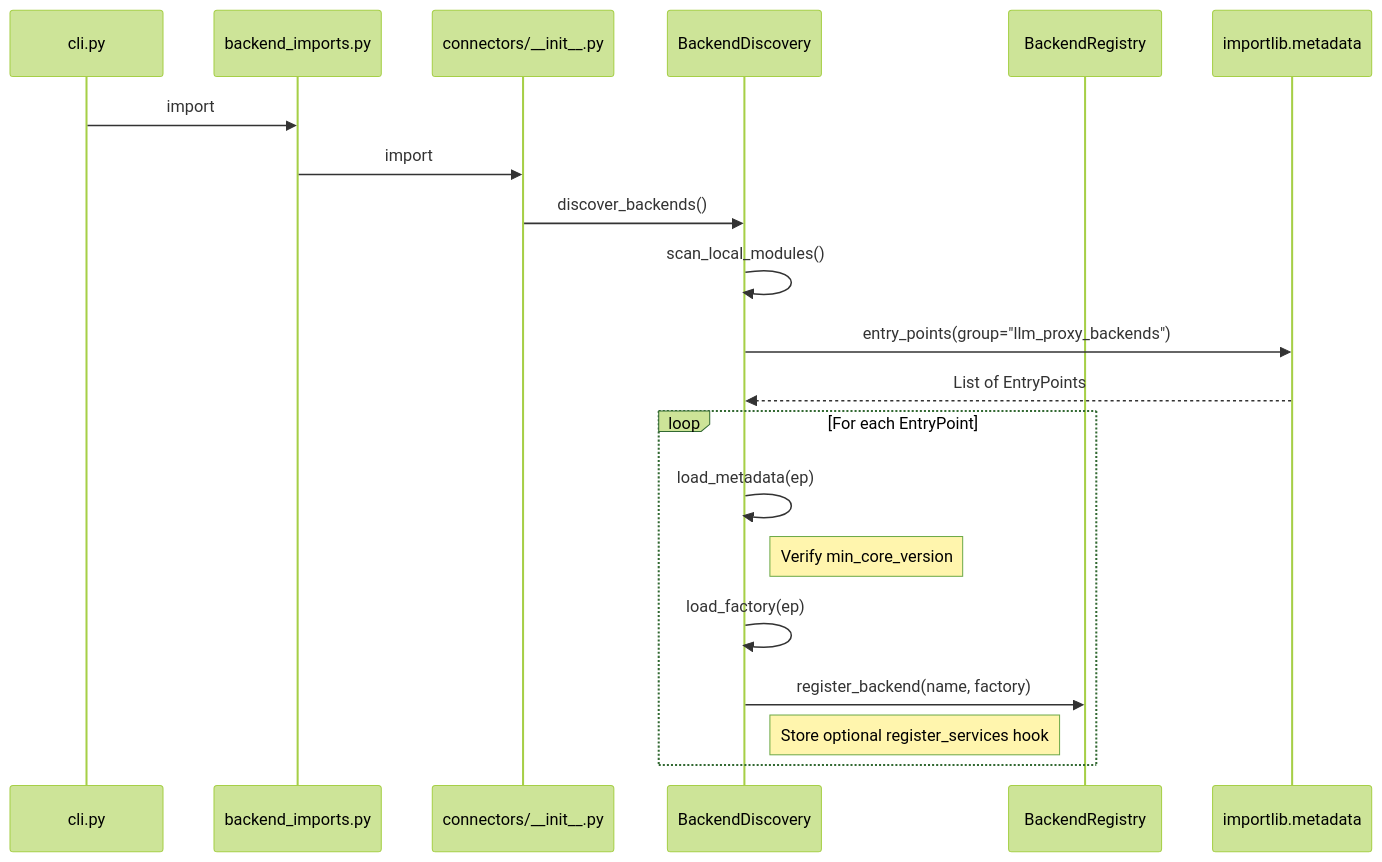
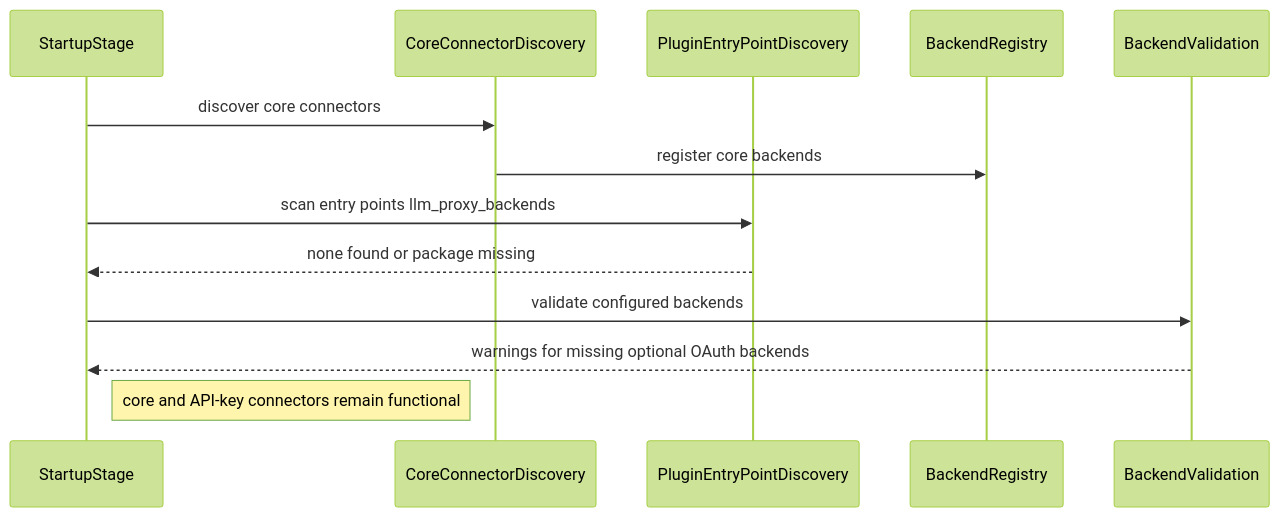
Before and after one commit to matdev83/llm-interactive-proxy: the second of 5 diagrams in .kiro/specs/oauth-connectors-extraction/design.md, drawn with Mermaid (forest theme). The commit also changed other lines of this file and 34 other files, not shown here.

Commit message:
Spec cleanup, archive vendor-model-dynamic-routing, OAuth connectors updates, test fixes

````diff
--- a/.kiro/specs/oauth-connectors-extraction/design.md
+++ b/.kiro/specs/oauth-connectors-extraction/design.md
@@ -29,23 +142,16 @@
 ```mermaid
 sequenceDiagram
-    participant CLI as cli.py
-    participant Imports as backend_imports.py
-    participant Connectors as connectors/__init__.py
-    participant Discovery as BackendDiscovery
-    participant Registry as BackendRegistry
-    participant EP as importlib.metadata
+  participant Startup as StartupStage
+  participant CoreDisc as CoreConnectorDiscovery
+  participant PluginDisc as PluginEntryPointDiscovery
+  participant Registry as BackendRegistry
+  participant Validation as BackendValidation
 
-    CLI->>Imports: import
-    Imports->>Connectors: import
-    Connectors->>Discovery: discover_backends()
-    Discovery->>Discovery: scan_local_modules()
-    Discovery->>EP: entry_points(group="llm_proxy_backends")
-    EP-->>Discovery: List of EntryPoints
-    loop For each EntryPoint
-        Discovery->>Discovery: load_metadata(ep)
-        Note right of Discovery: Verify min_core_version
-        Discovery->>Discovery: load_factory(ep)
-        Discovery->>Registry: register_backend(name, factory)
-        Note right of Discovery: Store optional register_services hook
-    end
+  Startup->>CoreDisc: discover core connectors
+  CoreDisc->>Registry: register core backends
+  Startup->>PluginDisc: scan entry points llm_proxy_backends
+  PluginDisc-->>Startup: none found or package missing
+  Startup->>Validation: validate configured backends
+  Validation-->>Startup: warnings for missing optional OAuth backends
+  Note right of Startup: core and API-key connectors remain functional
 ```
````
